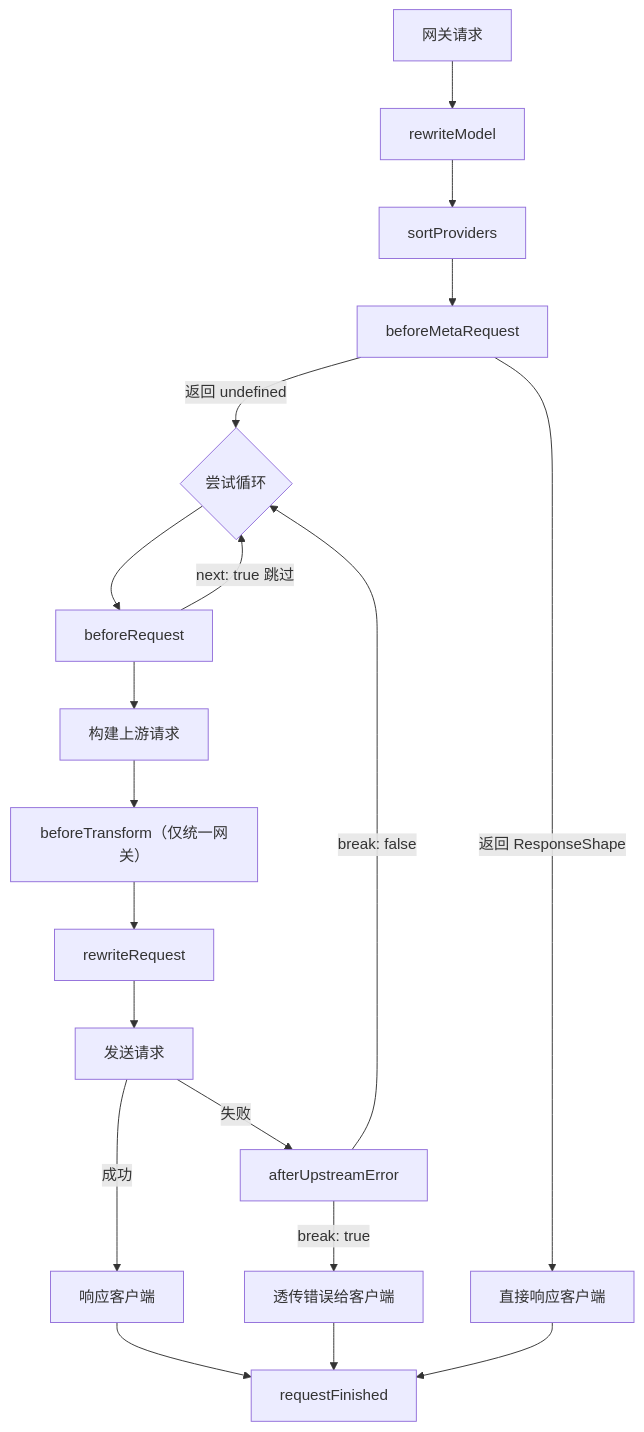
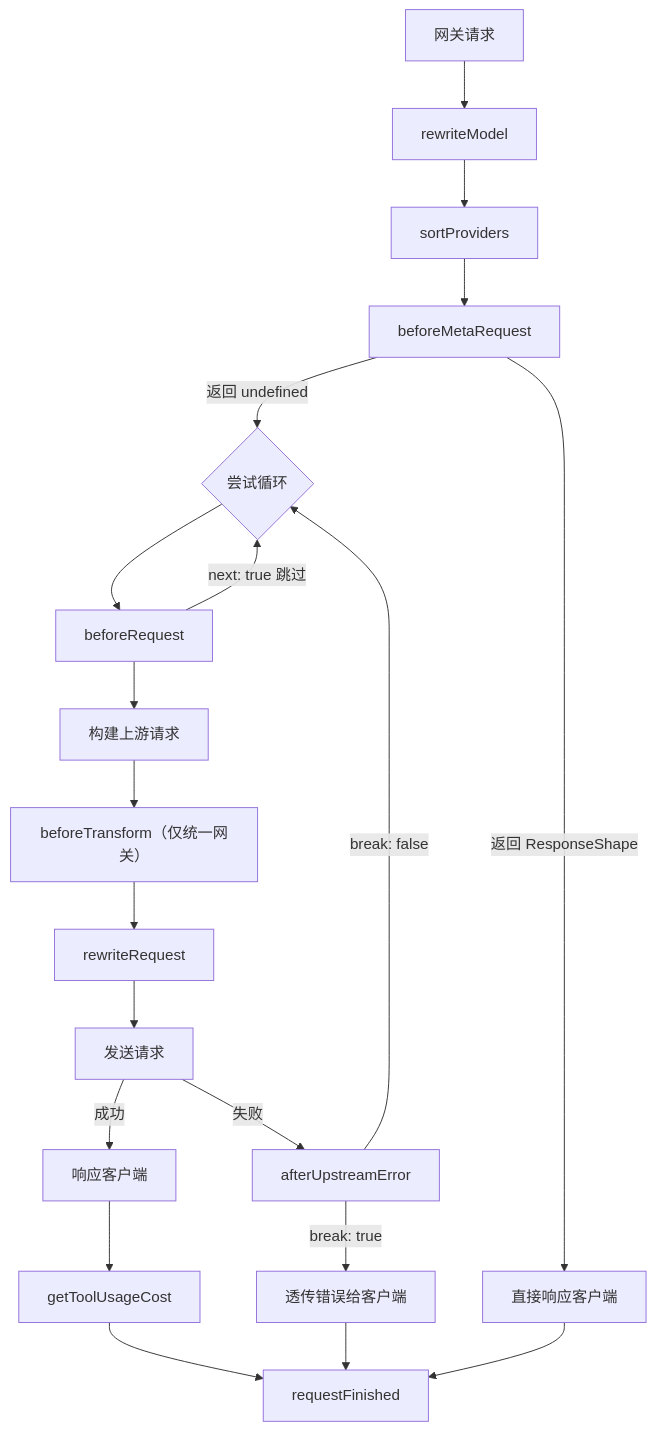
One commit to oott123/picotera changed the diagram in docs/scripting.md. Above: the diagram before and after it, drawn with Mermaid. The commit also changed other lines of this file and 22 other files, not shown here.

Commit message:
feat: tool usage cost script

````diff
--- a/docs/scripting.md
+++ b/docs/scripting.md
@@ -38,21 +39,22 @@
 ```mermaid
 flowchart TD
     A[网关请求] --> B[rewriteModel]
     B --> C[sortProviders]
     C --> N[beforeMetaRequest]
     N -->|"返回 ResponseShape"| O[直接响应客户端]
     N -->|"返回 undefined"| D{尝试循环}
     D --> E[beforeRequest]
     E -->|next: true 跳过| D
     E --> F[构建上游请求]
     F --> G["beforeTransform（仅统一网关）"]
     G --> H[rewriteRequest]
     H --> I[发送请求]
     I -->|成功| J[响应客户端]
     I -->|失败| K[afterUpstreamError]
     K -->|"break: true"| L[透传错误给客户端]
     K -->|"break: false"| D
-    J --> M[requestFinished]
+    J --> P[getToolUsageCost]
+    P --> M[requestFinished]
     L --> M
     O --> M
 ```
````
